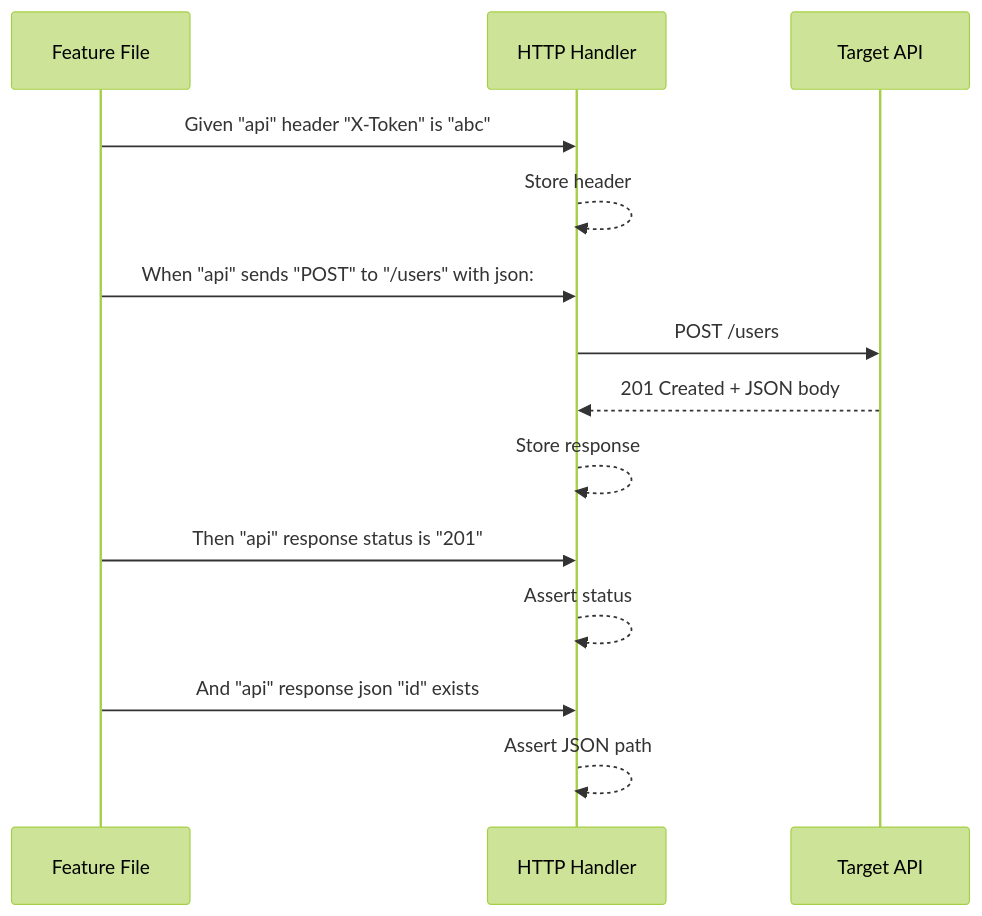
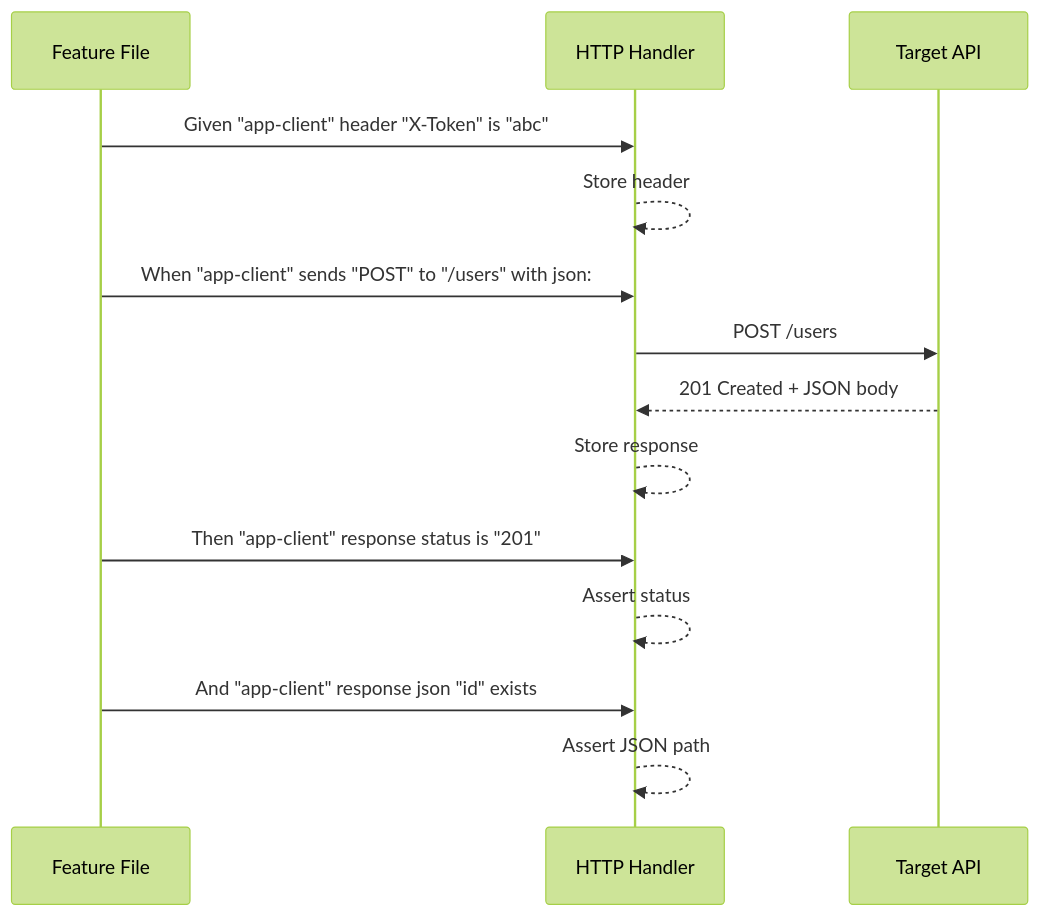
One commit to tomatool/tomato changed the seventh of 9 diagrams in docs/developer-guide/architecture.md. Above: the diagram before and after it, drawn with Mermaid (forest theme). The commit also changed other lines of this file and 92 other files, not shown here.

````diff
--- a/docs/developer-guide/architecture.md
+++ b/docs/developer-guide/architecture.md
@@ -299,20 +299,20 @@
 ```mermaid
 sequenceDiagram
     participant Feature as Feature File
     participant HTTP as HTTP Handler
     participant API as Target API
 
-    Feature->>HTTP: Given "api" header "X-Token" is "abc"
+    Feature->>HTTP: Given "app-client" header "X-Token" is "abc"
     HTTP-->>HTTP: Store header
 
-    Feature->>HTTP: When "api" sends "POST" to "/users" with json:
+    Feature->>HTTP: When "app-client" sends "POST" to "/users" with json:
     HTTP->>API: POST /users
     API-->>HTTP: 201 Created + JSON body
     HTTP-->>HTTP: Store response
 
-    Feature->>HTTP: Then "api" response status is "201"
+    Feature->>HTTP: Then "app-client" response status is "201"
     HTTP-->>HTTP: Assert status
 
-    Feature->>HTTP: And "api" response json "id" exists
+    Feature->>HTTP: And "app-client" response json "id" exists
     HTTP-->>HTTP: Assert JSON path
 ```
````
